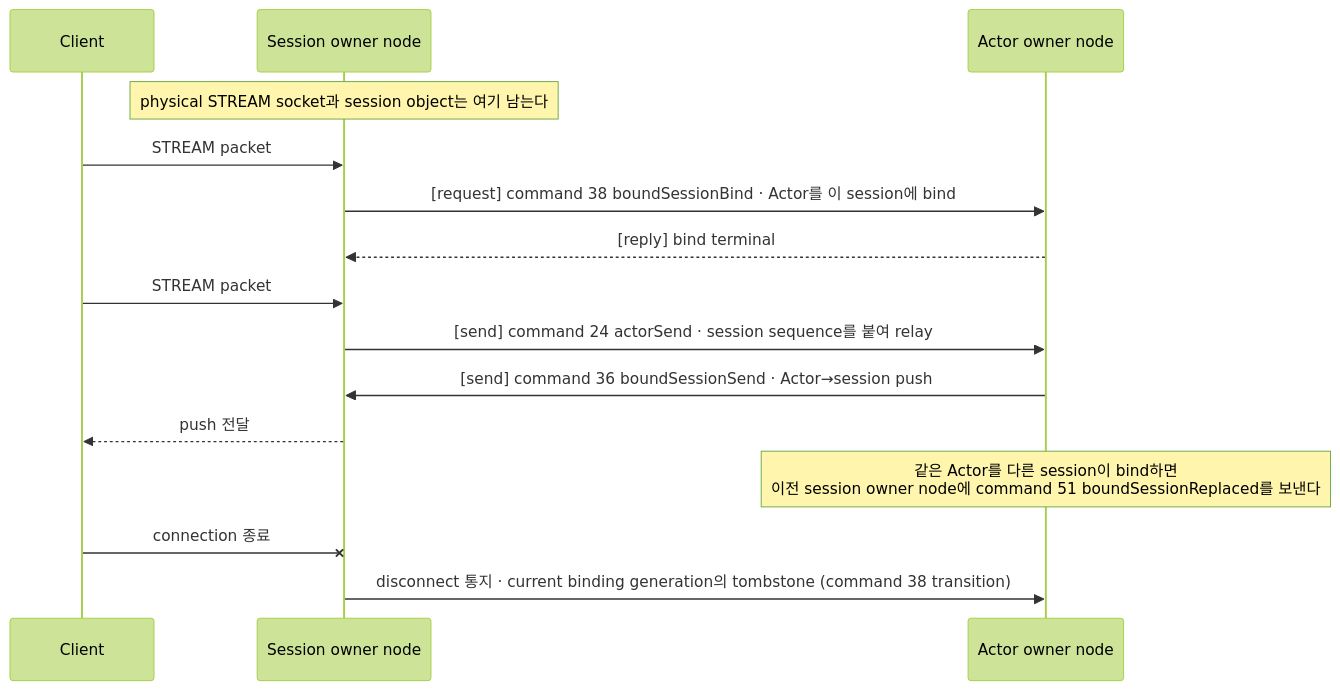
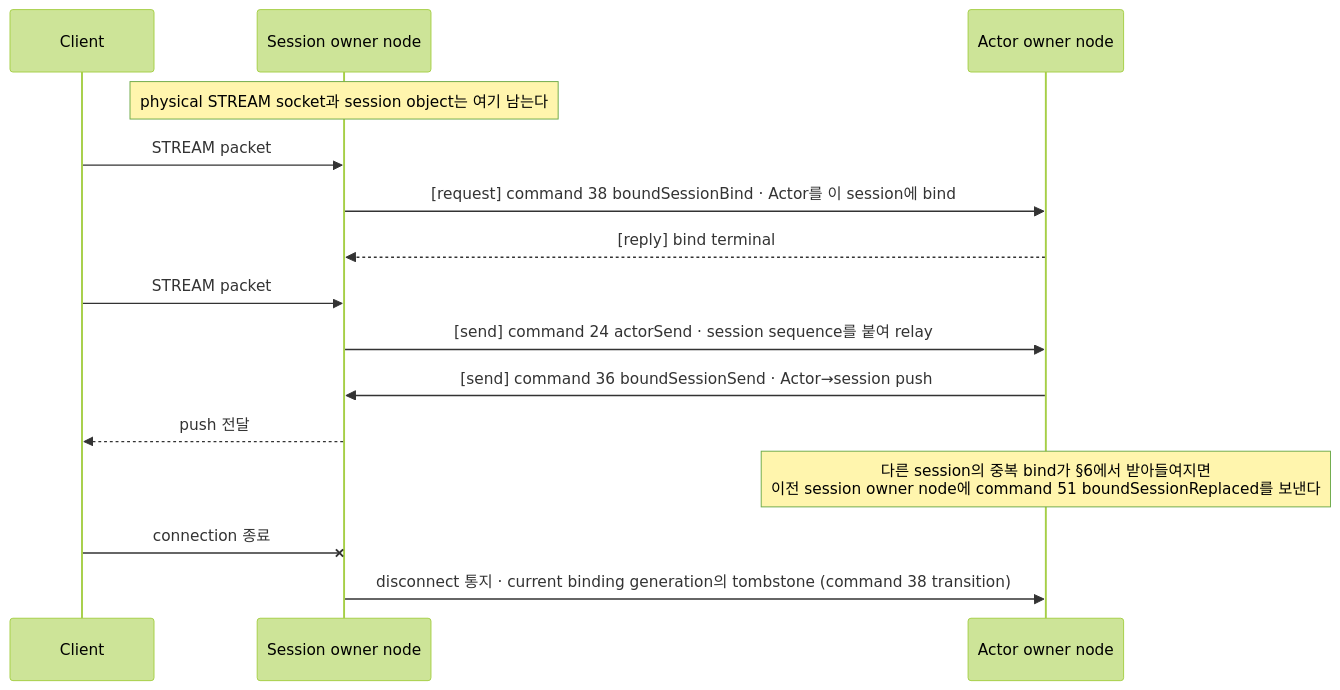
The diagram in framework/doc/framework/common/spec/server/04-session/01-stream-session.ko.md (zlink-systems/zlink), drawn with Mermaid (forest theme) before and after one commit. The commit also changed 97 other files, not shown here.

````diff
--- a/framework/doc/framework/common/spec/server/04-session/01-stream-session.ko.md
+++ b/framework/doc/framework/common/spec/server/04-session/01-stream-session.ko.md
@@ -249,18 +249,18 @@
 ```mermaid
 sequenceDiagram
     participant C as Client
     participant S as Session owner node
     participant A as Actor owner node
 
     Note over S: physical STREAM socket과 session object는 여기 남는다
     C->>S: STREAM packet
     S->>A: [request] command 38 boundSessionBind · Actor를 이 session에 bind
     A-->>S: [reply] bind terminal
     C->>S: STREAM packet
     S->>A: [send] command 24 actorSend · session sequence를 붙여 relay
     A->>S: [send] command 36 boundSessionSend · Actor→session push
     S-->>C: push 전달
-    Note over A: 같은 Actor를 다른 session이 bind하면<br/>이전 session owner node에 command 51 boundSessionReplaced를 보낸다
+    Note over A: 다른 session의 중복 bind가 §6에서 받아들여지면<br/>이전 session owner node에 command 51 boundSessionReplaced를 보낸다
     C-xS: connection 종료
     S->>A: disconnect 통지 · current binding generation의 tombstone (command 38 transition)
 ```
````
